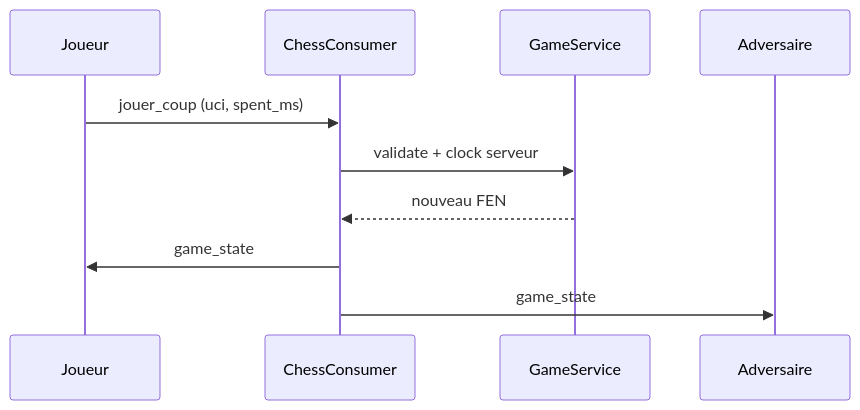
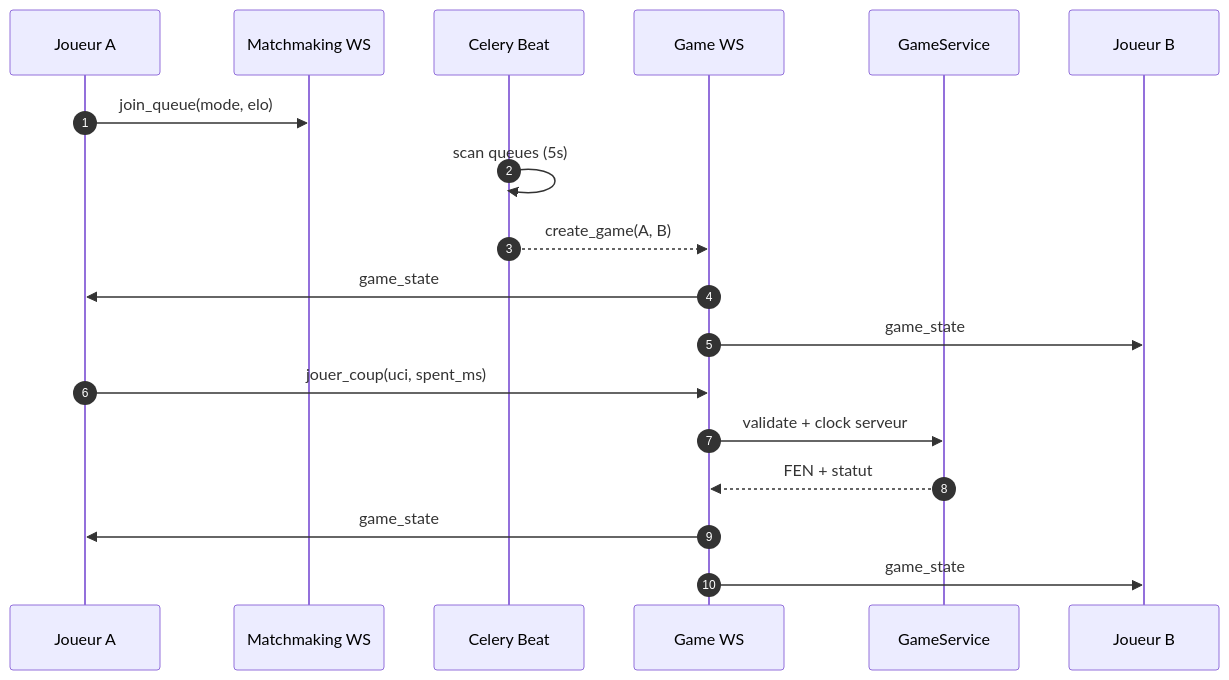
The sixth of 11 diagrams in README.md (MaximeKELI/AFRICHESS), drawn with Mermaid before and after one commit. The commit also changed other lines of this file and 6 other files, not shown here.

````diff
--- a/README.md
+++ b/README.md
@@ -283,13 +395,21 @@
 ```mermaid
 sequenceDiagram
-    participant J as Joueur
-    participant WS as ChessConsumer
+    autonumber
+    participant A as Joueur A
+    participant MM as Matchmaking WS
+    participant C as Celery Beat
+    participant G as Game WS
     participant S as GameService
-    participant O as Adversaire
+    participant B as Joueur B
 
-    J->>WS: jouer_coup (uci, spent_ms)
-    WS->>S: validate + clock serveur
-    S-->>WS: nouveau FEN
-    WS->>J: game_state
-    WS->>O: game_state
+    A->>MM: join_queue(mode, elo)
+    C->>C: scan queues (5s)
+    C-->>G: create_game(A, B)
+    G->>A: game_state
+    G->>B: game_state
+    A->>G: jouer_coup(uci, spent_ms)
+    G->>S: validate + clock serveur
+    S-->>G: FEN + statut
+    G->>A: game_state
+    G->>B: game_state
 ```
````
